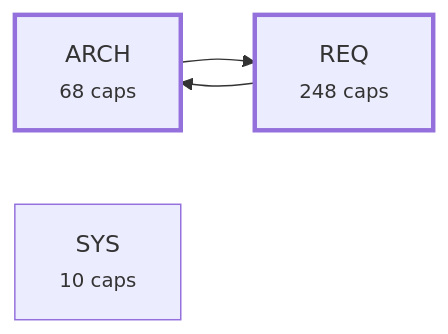
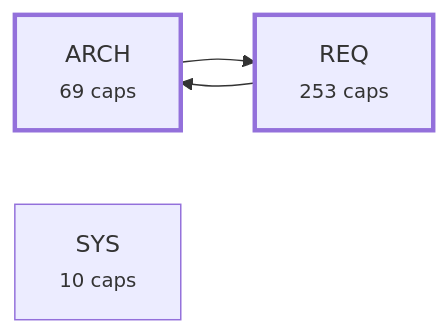
The third of 4 diagrams in plugin/requirements/_map.md (alxmax/Requirement-manager), drawn with Mermaid before and after one commit. The commit also changed other lines of this file and 50 other files, not shown here.

````diff
--- a/plugin/requirements/_map.md
+++ b/plugin/requirements/_map.md
@@ -1106,10 +1122,10 @@
 ```mermaid
 graph LR
-  a_ARCH["ARCH<br><small>68 caps</small>"]
-  a_REQ["REQ<br><small>248 caps</small>"]
+  a_ARCH["ARCH<br><small>69 caps</small>"]
+  a_REQ["REQ<br><small>253 caps</small>"]
   a_SYS["SYS<br><small>10 caps</small>"]
   a_ARCH --> a_REQ
   a_REQ --> a_ARCH
   style a_ARCH stroke-width:3px
   style a_REQ stroke-width:3px
 ```
````
